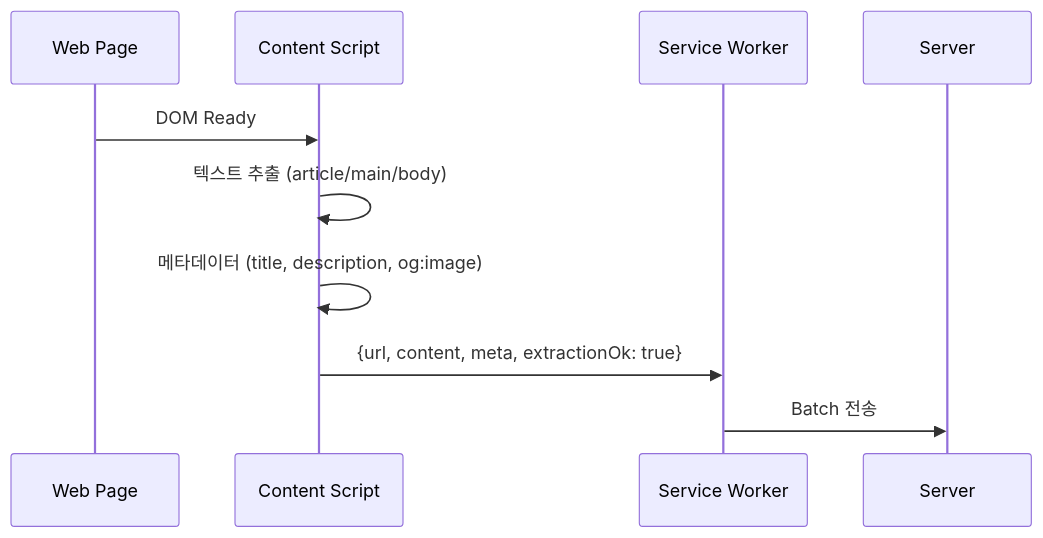
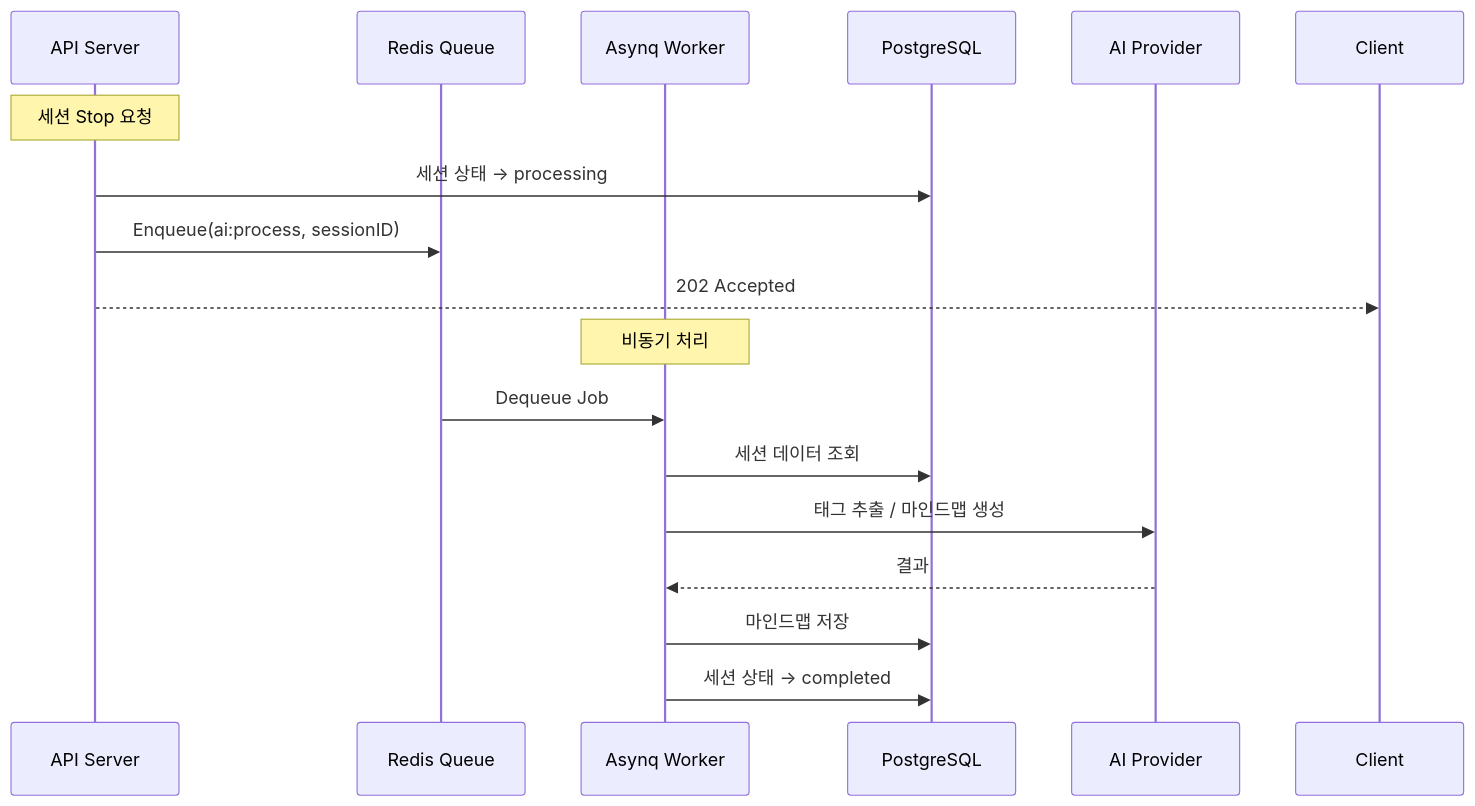
One commit to coldzero94/mindhit changed the fourth of 5 diagrams in docs/development/01-architecture.md. Above: the diagram before and after it, drawn with Mermaid. The commit also changed other lines of this file and 23 other files, not shown here.

````diff
--- a/docs/development/01-architecture.md
+++ b/docs/development/01-architecture.md
@@ -54,13 +184,21 @@
 ```mermaid
 sequenceDiagram
-  participant Page as Web Page
-  participant CS as Content Script
-  participant SW as Service Worker
-  participant API as Server
+  participant API as API Server
+  participant Redis as Redis Queue
+  participant Worker as Asynq Worker
+  participant DB as PostgreSQL
+  participant AI as AI Provider
 
-  Page->>CS: DOM Ready
-  CS->>CS: 텍스트 추출 (article/main/body)
-  CS->>CS: 메타데이터 (title, description, og:image)
-  CS->>SW: {url, content, meta, extractionOk: true}
-  SW->>API: Batch 전송
+  Note over API: 세션 Stop 요청
+  API->>DB: 세션 상태 → processing
+  API->>Redis: Enqueue(ai:process, sessionID)
+  API-->>Client: 202 Accepted
+
+  Note over Worker: 비동기 처리
+  Redis->>Worker: Dequeue Job
+  Worker->>DB: 세션 데이터 조회
+  Worker->>AI: 태그 추출 / 마인드맵 생성
+  AI-->>Worker: 결과
+  Worker->>DB: 마인드맵 저장
+  Worker->>DB: 세션 상태 → completed
 ```
````
